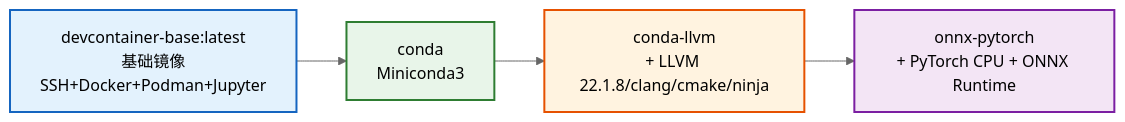
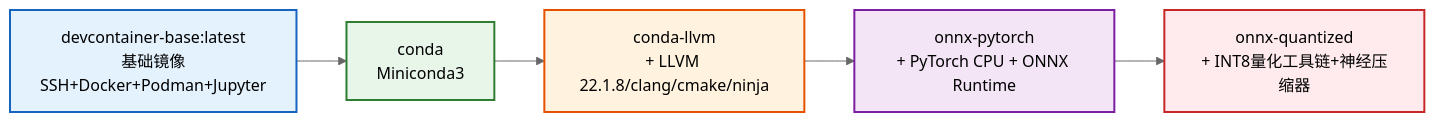
One commit to xinetzone/SpecWeave changed the diagram in apps/devcontainer-base/.agents/docs/retrospective/reports/build-engineering/retrospective-devcontainer-variants-milestone-20260807/README.md. Above: the diagram before and after it, drawn with Mermaid (neutral theme). The commit also changed other lines of this file and 2 other files, not shown here.

````diff
--- a/apps/devcontainer-base/.agents/docs/retrospective/reports/build-engineering/retrospective-devcontainer-variants-milestone-20260807/README.md
+++ b/apps/devcontainer-base/.agents/docs/retrospective/reports/build-engineering/retrospective-devcontainer-variants-milestone-20260807/README.md
@@ -408,16 +494,19 @@
 ```mermaid
 flowchart LR
     Base[devcontainer-base:latest<br/>基础镜像<br/>SSH+Docker+Podman+Jupyter] --> Conda[conda<br/>Miniconda3]
     Conda --> CondaLLVM[conda-llvm<br/>+ LLVM 22.1.8/clang/cmake/ninja]
     CondaLLVM --> OnnxPyTorch[onnx-pytorch<br/>+ PyTorch CPU + ONNX Runtime]
+    OnnxPyTorch --> OnnxQuantized[onnx-quantized<br/>+ INT8量化工具链+神经压缩器]
     
     classDef base fill:#e3f2fd,stroke:#1565c0,stroke-width:2px
     classDef conda fill:#e8f5e9,stroke:#2e7d32,stroke-width:2px
     classDef llvm fill:#fff3e0,stroke:#e65100,stroke-width:2px
     classDef pytorch fill:#f3e5f5,stroke:#7b1fa2,stroke-width:2px
+    classDef quant fill:#ffebee,stroke:#c62828,stroke-width:2px
     
     class Base base
     class Conda conda
     class CondaLLVM llvm
     class OnnxPyTorch pytorch
+    class OnnxQuantized quant
 ```
````
